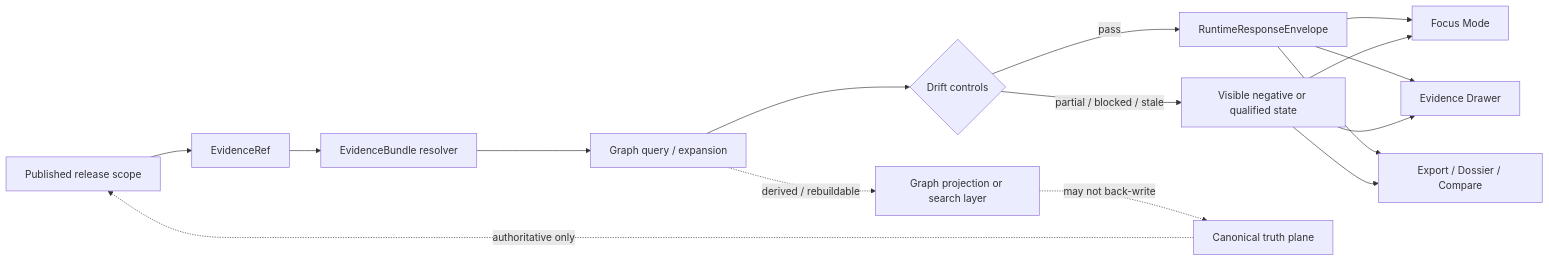
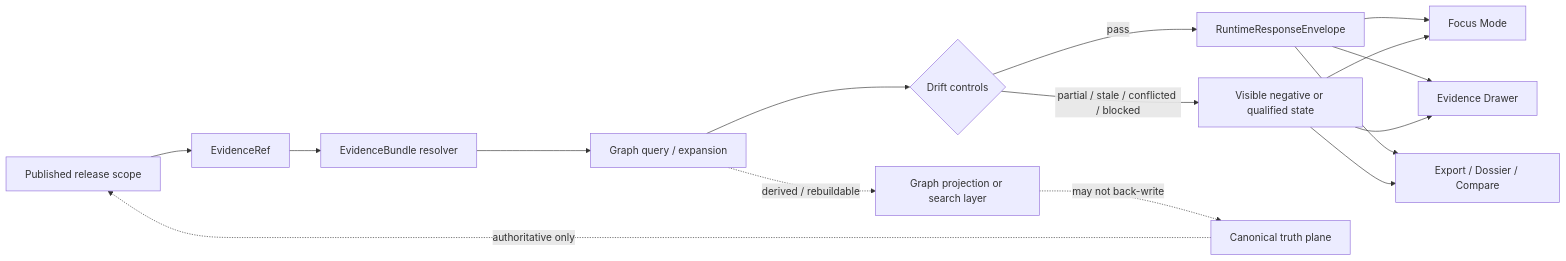
The diagram in docs/search/drift/graph-queries/README.md (bartytime4life/Kansas-Frontier-Matrix), drawn with Mermaid before and after one commit. The commit also changed other lines of this file, not shown here.

First line of the commit message:
Revise README for graph-query drift clarity

````diff
--- a/docs/search/drift/graph-queries/README.md
+++ b/docs/search/drift/graph-queries/README.md
@@ -271,21 +314,22 @@
 ```mermaid
 flowchart LR
     A[Published release scope] --> B[EvidenceRef]
     B --> C[EvidenceBundle resolver]
     C --> D[Graph query / expansion]
     D --> E{Drift controls}
+
     E -->|pass| F[RuntimeResponseEnvelope]
-    E -->|partial / blocked / stale| G[Visible negative or qualified state]
+    E -->|partial / stale / conflicted / blocked| G[Visible negative or qualified state]
 
     F --> H[Focus Mode]
     F --> I[Evidence Drawer]
     F --> J[Export / Dossier / Compare]
 
     G --> H
     G --> I
     G --> J
 
     K[Canonical truth plane] -. authoritative only .-> A
     D -. derived / rebuildable .-> L[Graph projection or search layer]
     L -. may not back-write .-> K
 ```
````
